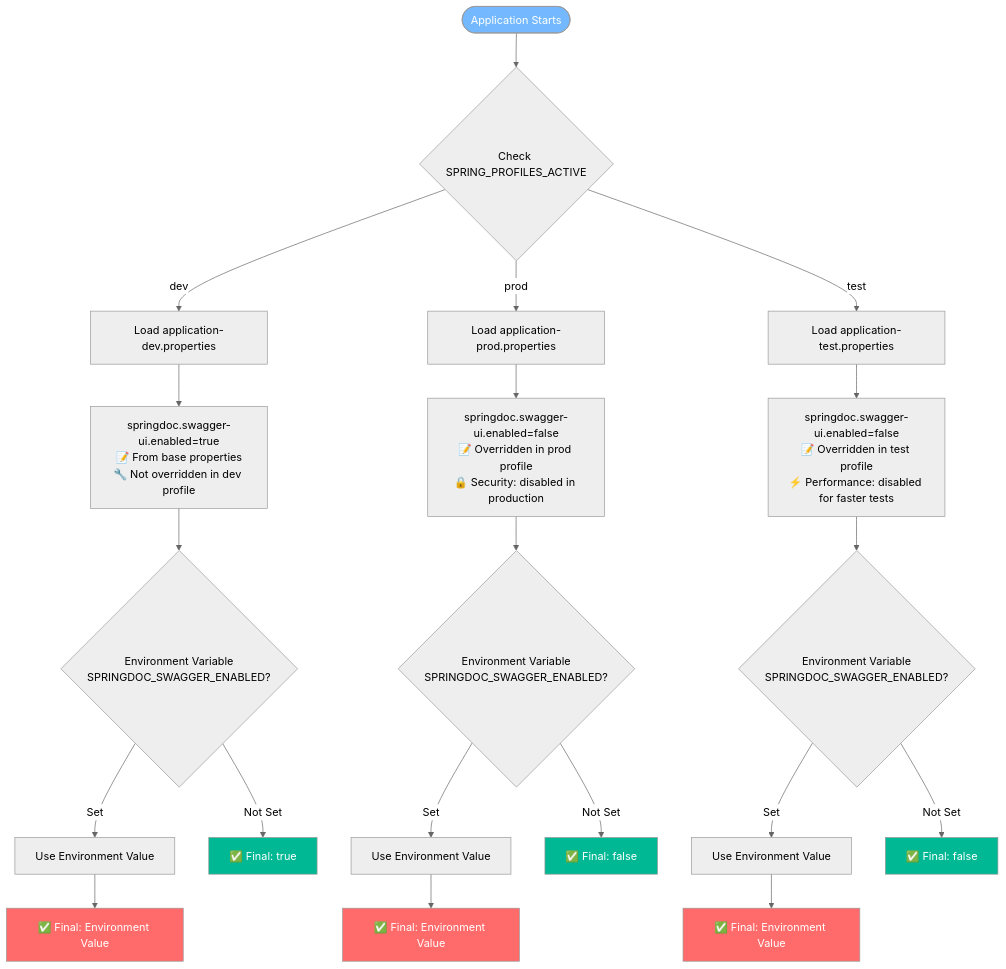
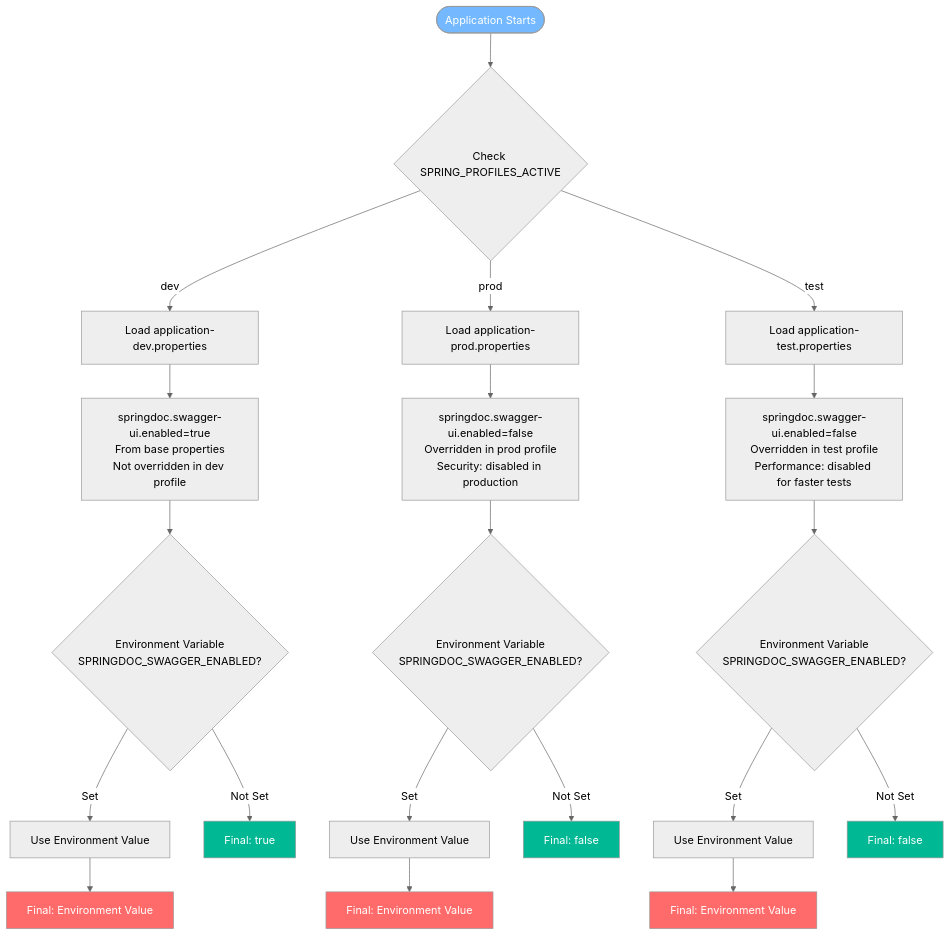
One commit to mrvin100/48id changed the fifth of 5 diagrams in docs/guide/environment-setup.md. Above: the diagram before and after it, drawn with Mermaid (neutral theme). The commit also changed other lines of this file, not shown here.

````diff
--- a/docs/guide/environment-setup.md
+++ b/docs/guide/environment-setup.md
@@ -404,37 +404,37 @@
 ```mermaid
 flowchart TD
     Start([Application Starts]) --> CheckProfile{Check SPRING_PROFILES_ACTIVE}
     
-    CheckProfile -->|dev| LoadDev[Load application-dev.properties]
-    CheckProfile -->|prod| LoadProd[Load application-prod.properties]
-    CheckProfile -->|test| LoadTest[Load application-test.properties]
+    CheckProfile -->|dev| LoadDev["Load application-dev.properties"]
+    CheckProfile -->|prod| LoadProd["Load application-prod.properties"]
+    CheckProfile -->|test| LoadTest["Load application-test.properties"]
     
-    LoadDev --> DevResult[springdoc.swagger-ui.enabled=true<br/>📝 From base properties<br/>🔧 Not overridden in dev profile]
-    LoadProd --> ProdResult[springdoc.swagger-ui.enabled=false<br/>📝 Overridden in prod profile<br/>🔒 Security: disabled in production]
-    LoadTest --> TestResult[springdoc.swagger-ui.enabled=false<br/>📝 Overridden in test profile<br/>⚡ Performance: disabled for faster tests]
+    LoadDev --> DevResult["springdoc.swagger-ui.enabled=true<br/>From base properties<br/>Not overridden in dev profile"]
+    LoadProd --> ProdResult["springdoc.swagger-ui.enabled=false<br/>Overridden in prod profile<br/>Security: disabled in production"]
+    LoadTest --> TestResult["springdoc.swagger-ui.enabled=false<br/>Overridden in test profile<br/>Performance: disabled for faster tests"]
     
-    DevResult --> EnvCheck1{Environment Variable<br/>SPRINGDOC_SWAGGER_ENABLED?}
-    ProdResult --> EnvCheck2{Environment Variable<br/>SPRINGDOC_SWAGGER_ENABLED?}
-    TestResult --> EnvCheck3{Environment Variable<br/>SPRINGDOC_SWAGGER_ENABLED?}
+    DevResult --> EnvCheck1{"Environment Variable<br/>SPRINGDOC_SWAGGER_ENABLED?"}
+    ProdResult --> EnvCheck2{"Environment Variable<br/>SPRINGDOC_SWAGGER_ENABLED?"}
+    TestResult --> EnvCheck3{"Environment Variable<br/>SPRINGDOC_SWAGGER_ENABLED?"}
     
-    EnvCheck1 -->|Set| EnvOverride1[Use Environment Value]
-    EnvCheck1 -->|Not Set| FinalDev[✅ Final: true]
+    EnvCheck1 -->|Set| EnvOverride1["Use Environment Value"]
+    EnvCheck1 -->|Not Set| FinalDev["Final: true"]
     
-    EnvCheck2 -->|Set| EnvOverride2[Use Environment Value]
-    EnvCheck2 -->|Not Set| FinalProd[✅ Final: false]
+    EnvCheck2 -->|Set| EnvOverride2["Use Environment Value"]
+    EnvCheck2 -->|Not Set| FinalProd["Final: false"]
     
-    EnvCheck3 -->|Set| EnvOverride3[Use Environment Value]
-    EnvCheck3 -->|Not Set| FinalTest[✅ Final: false]
+    EnvCheck3 -->|Set| EnvOverride3["Use Environment Value"]
+    EnvCheck3 -->|Not Set| FinalTest["Final: false"]
     
-    EnvOverride1 --> FinalEnv1[✅ Final: Environment Value]
-    EnvOverride2 --> FinalEnv2[✅ Final: Environment Value]
-    EnvOverride3 --> FinalEnv3[✅ Final: Environment Value]
+    EnvOverride1 --> FinalEnv1["Final: Environment Value"]
+    EnvOverride2 --> FinalEnv2["Final: Environment Value"]
+    EnvOverride3 --> FinalEnv3["Final: Environment Value"]
     
     style Start fill:#74b9ff,color:#fff
     style FinalDev fill:#00b894,color:#fff
     style FinalProd fill:#00b894,color:#fff
     style FinalTest fill:#00b894,color:#fff
     style FinalEnv1 fill:#ff6b6b,color:#fff
     style FinalEnv2 fill:#ff6b6b,color:#fff
     style FinalEnv3 fill:#ff6b6b,color:#fff
 ```
````
